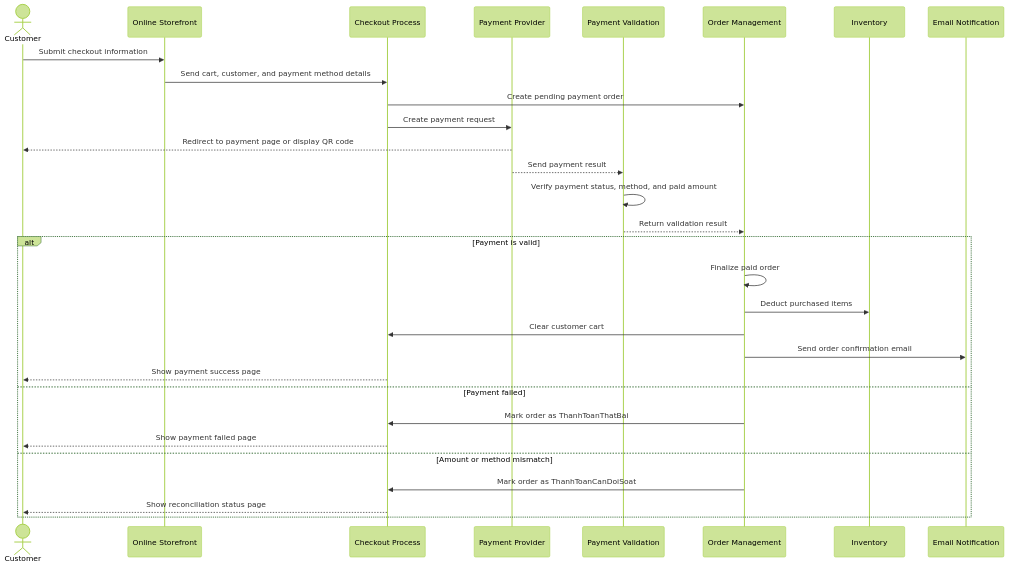
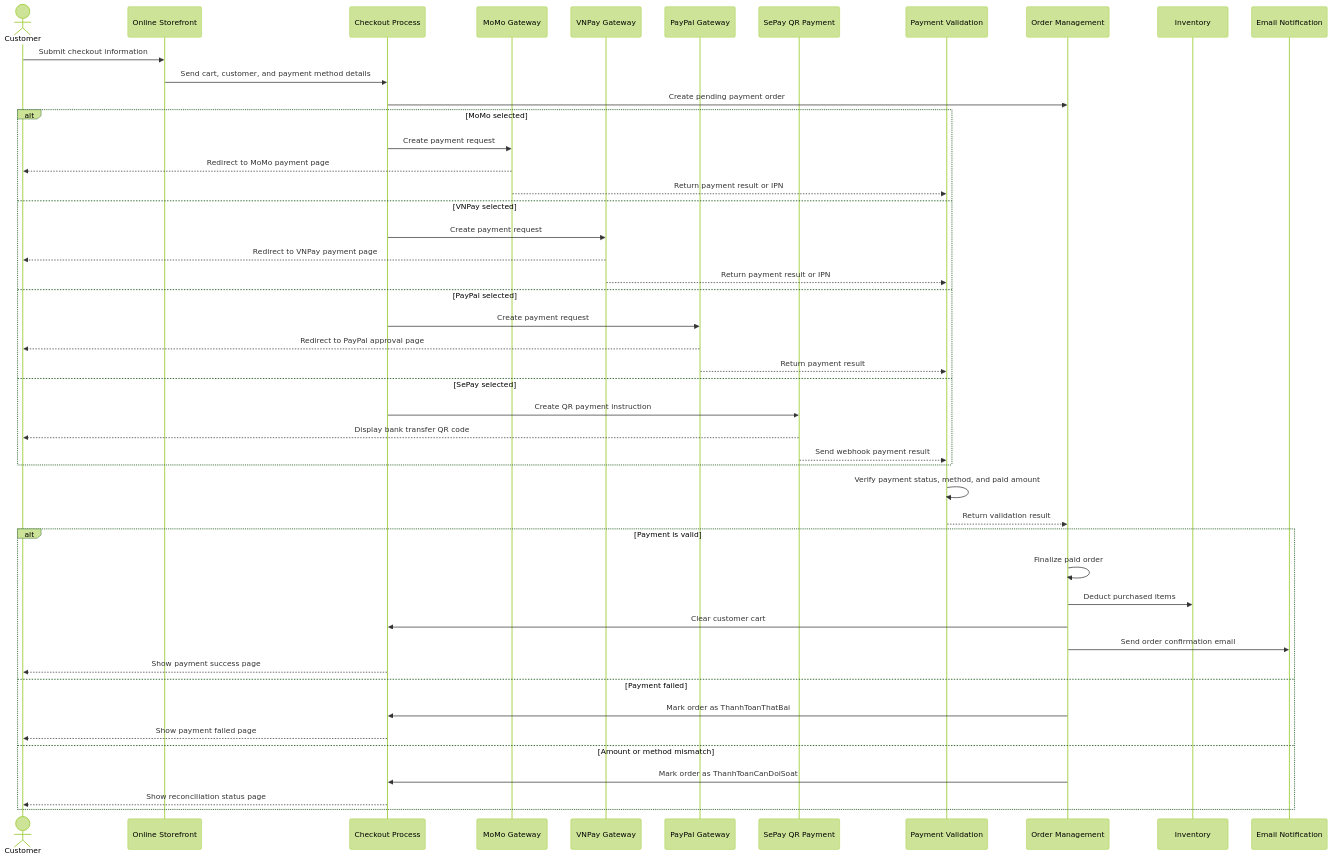
One commit to ngxuanvan/ReSip-Multi-Payment-E-Commerce changed the fourth of 7 diagrams in README.md. Above: the diagram before and after it, drawn with Mermaid (forest theme).

Commit message:
docs: split online payment sequence by gateway

````diff
--- a/README.md
+++ b/README.md
@@ -135,34 +135,53 @@
 ```mermaid
 sequenceDiagram
     actor Customer
     participant Storefront as Online Storefront
     participant Checkout as Checkout Process
-    participant Payment as Payment Provider
+    participant MoMo as MoMo Gateway
+    participant VNPay as VNPay Gateway
+    participant PayPal as PayPal Gateway
+    participant SePay as SePay QR Payment
     participant Validation as Payment Validation
     participant Order as Order Management
     participant Inventory as Inventory
     participant Notification as Email Notification
 
     Customer->>Storefront: Submit checkout information
     Storefront->>Checkout: Send cart, customer, and payment method details
     Checkout->>Order: Create pending payment order
-    Checkout->>Payment: Create payment request
-    Payment-->>Customer: Redirect to payment page or display QR code
-    Payment-->>Validation: Send payment result
+
+    alt MoMo selected
+        Checkout->>MoMo: Create payment request
+        MoMo-->>Customer: Redirect to MoMo payment page
+        MoMo-->>Validation: Return payment result or IPN
+    else VNPay selected
+        Checkout->>VNPay: Create payment request
+        VNPay-->>Customer: Redirect to VNPay payment page
+        VNPay-->>Validation: Return payment result or IPN
+    else PayPal selected
+        Checkout->>PayPal: Create payment request
+        PayPal-->>Customer: Redirect to PayPal approval page
+        PayPal-->>Validation: Return payment result
+    else SePay selected
+        Checkout->>SePay: Create QR payment instruction
+        SePay-->>Customer: Display bank transfer QR code
+        SePay-->>Validation: Send webhook payment result
+    end
+
     Validation->>Validation: Verify payment status, method, and paid amount
     Validation-->>Order: Return validation result
 
     alt Payment is valid
         Order->>Order: Finalize paid order
         Order->>Inventory: Deduct purchased items
         Order->>Checkout: Clear customer cart
         Order->>Notification: Send order confirmation email
         Checkout-->>Customer: Show payment success page
     else Payment failed
         Order->>Checkout: Mark order as ThanhToanThatBai
         Checkout-->>Customer: Show payment failed page
     else Amount or method mismatch
         Order->>Checkout: Mark order as ThanhToanCanDoiSoat
         Checkout-->>Customer: Show reconciliation status page
     end
 ```
````
